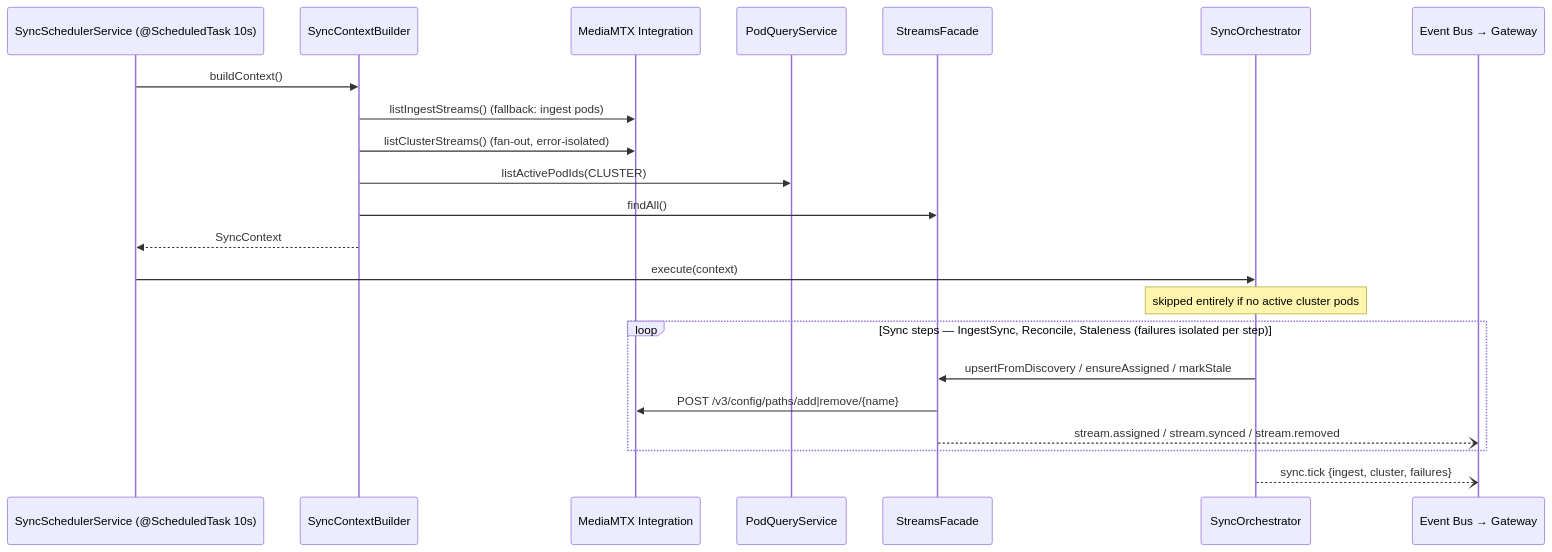
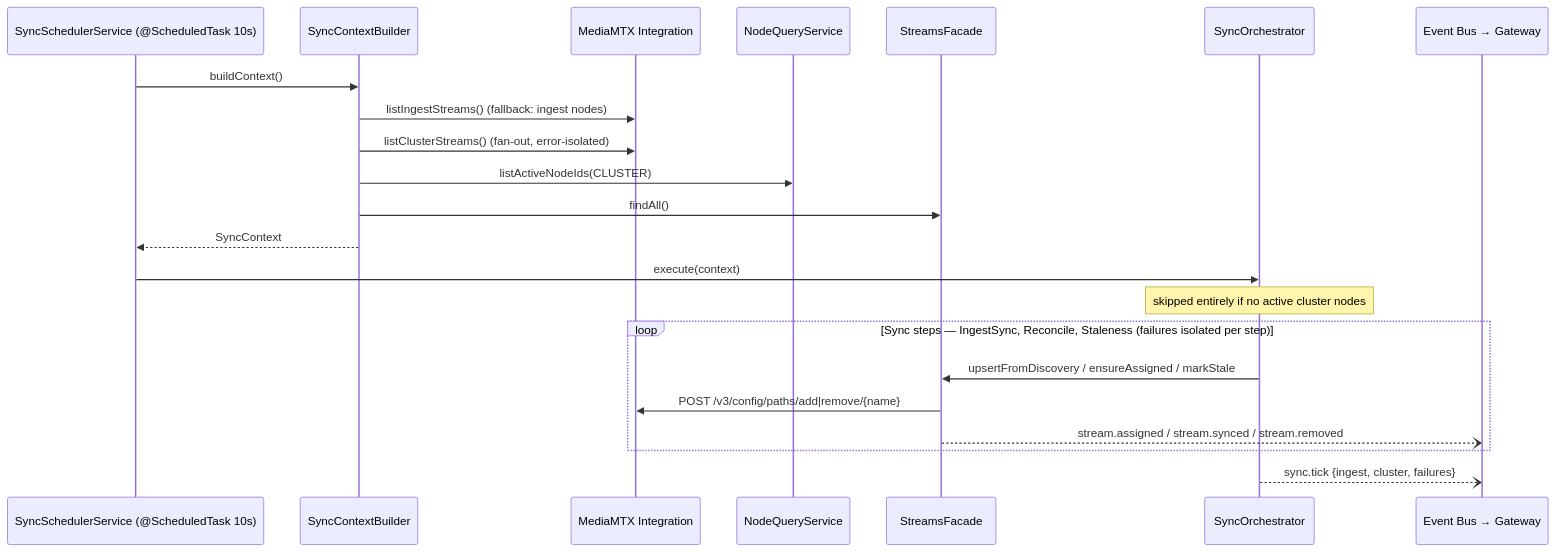
The second of 6 diagrams in backend/SYSTEM_DOCUMENTATION.md (emanuel74-bit/media-sync), drawn with Mermaid before and after one commit. The commit also changed other lines of this file and 163 other files, not shown here.

Commit message:
rename pod to node

````diff
--- a/backend/SYSTEM_DOCUMENTATION.md
+++ b/backend/SYSTEM_DOCUMENTATION.md
@@ -346,25 +346,25 @@
 ```mermaid
 sequenceDiagram
     participant Cron as SyncSchedulerService (@ScheduledTask 10s)
     participant Agg as SyncContextBuilder
     participant MTX as MediaMTX Integration
-    participant Pods as PodQueryService
+    participant Nodes as NodeQueryService
     participant Str as StreamsFacade
     participant Orch as SyncOrchestrator
     participant Bus as Event Bus → Gateway
 
     Cron->>Agg: buildContext()
-    Agg->>MTX: listIngestStreams() (fallback: ingest pods)
+    Agg->>MTX: listIngestStreams() (fallback: ingest nodes)
     Agg->>MTX: listClusterStreams() (fan-out, error-isolated)
-    Agg->>Pods: listActivePodIds(CLUSTER)
+    Agg->>Nodes: listActiveNodeIds(CLUSTER)
     Agg->>Str: findAll()
     Agg-->>Cron: SyncContext
     Cron->>Orch: execute(context)
-    Note over Orch: skipped entirely if no active cluster pods
+    Note over Orch: skipped entirely if no active cluster nodes
     loop Sync steps — IngestSync, Reconcile, Staleness (failures isolated per step)
         Orch->>Str: upsertFromDiscovery / ensureAssigned / markStale
         Str->>MTX: POST /v3/config/paths/add|remove/{name}
         Str--)Bus: stream.assigned / stream.synced / stream.removed
     end
     Orch--)Bus: sync.tick {ingest, cluster, failures}
 ```
````
